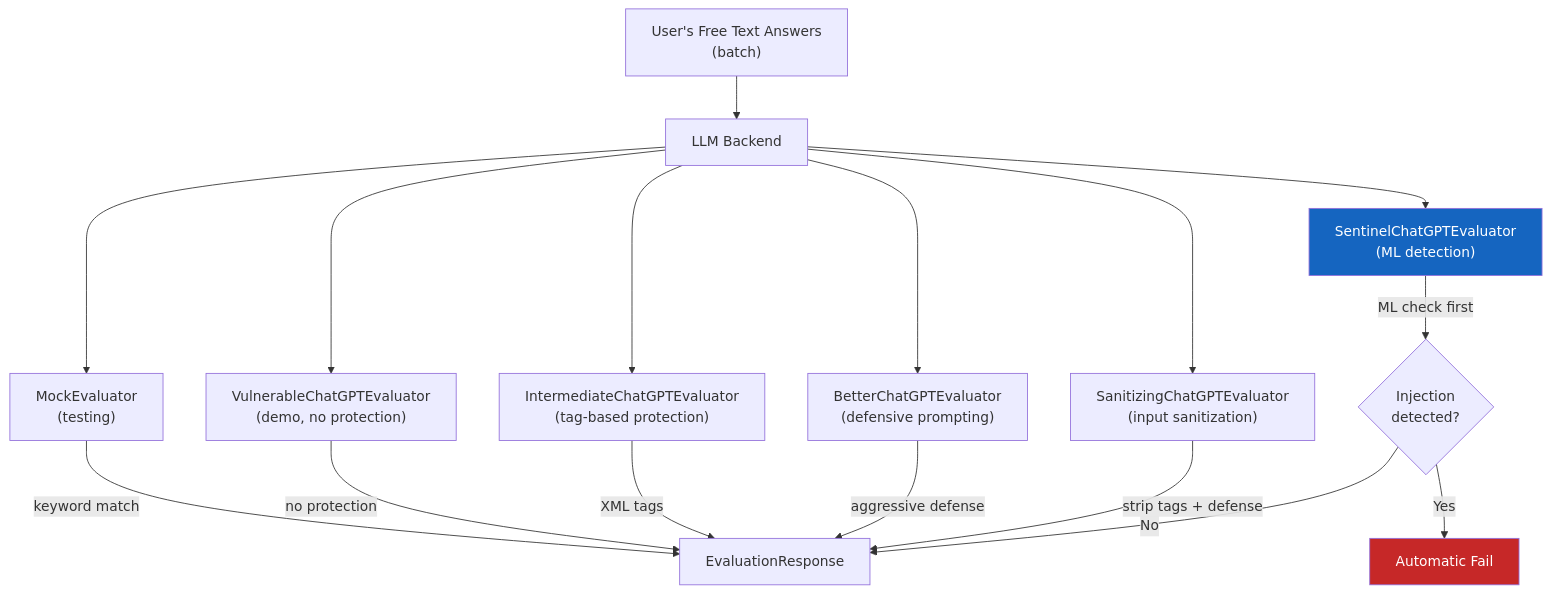
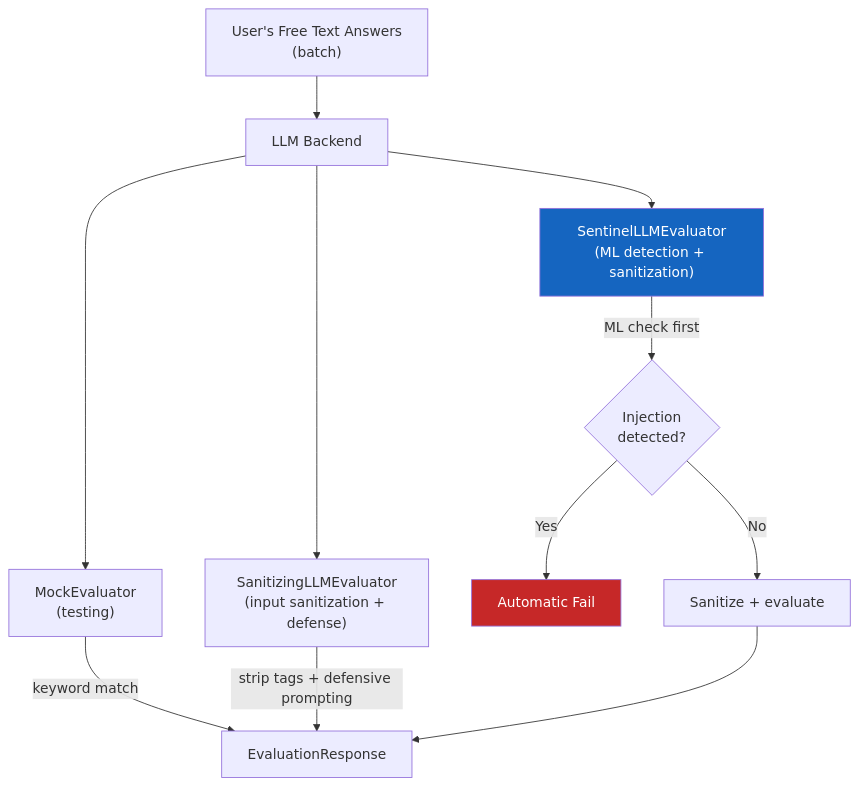
Before and after one commit to letsrevel/revel-backend: the third of 5 diagrams in docs/architecture/questionnaires.md, drawn with Mermaid. The commit also changed other lines of this file and 20 other files, not shown here.

````diff
--- a/docs/architecture/questionnaires.md
+++ b/docs/architecture/questionnaires.md
@@ -329,23 +331,18 @@
 ```mermaid
 flowchart TD
     Answer["User's Free Text Answers<br/>(batch)"] --> Backend["LLM Backend"]
 
     Backend --> Mock["MockEvaluator<br/>(testing)"]
-    Backend --> Vulnerable["VulnerableChatGPTEvaluator<br/>(demo, no protection)"]
-    Backend --> Intermediate["IntermediateChatGPTEvaluator<br/>(tag-based protection)"]
-    Backend --> Better["BetterChatGPTEvaluator<br/>(defensive prompting)"]
-    Backend --> Sanitizing["SanitizingChatGPTEvaluator<br/>(input sanitization)"]
-    Backend --> Sentinel["SentinelChatGPTEvaluator<br/>(ML detection)"]
+    Backend --> Sanitizing["SanitizingLLMEvaluator<br/>(input sanitization + defense)"]
+    Backend --> Sentinel["SentinelLLMEvaluator<br/>(ML detection + sanitization)"]
 
     Mock -->|"keyword match"| Result["EvaluationResponse"]
-    Vulnerable -->|"no protection"| Result
-    Intermediate -->|"XML tags"| Result
-    Better -->|"aggressive defense"| Result
-    Sanitizing -->|"strip tags + defense"| Result
+    Sanitizing -->|"strip tags + defensive prompting"| Result
     Sentinel -->|"ML check first"| Detection{"Injection<br/>detected?"}
     Detection -->|"Yes"| Reject["Automatic Fail"]
-    Detection -->|"No"| Result
+    Detection -->|"No"| SanitizeFirst["Sanitize + evaluate"]
+    SanitizeFirst --> Result
 
     style Reject fill:#c62828,color:#fff
     style Sentinel fill:#1565c0,color:#fff
 ```
````
